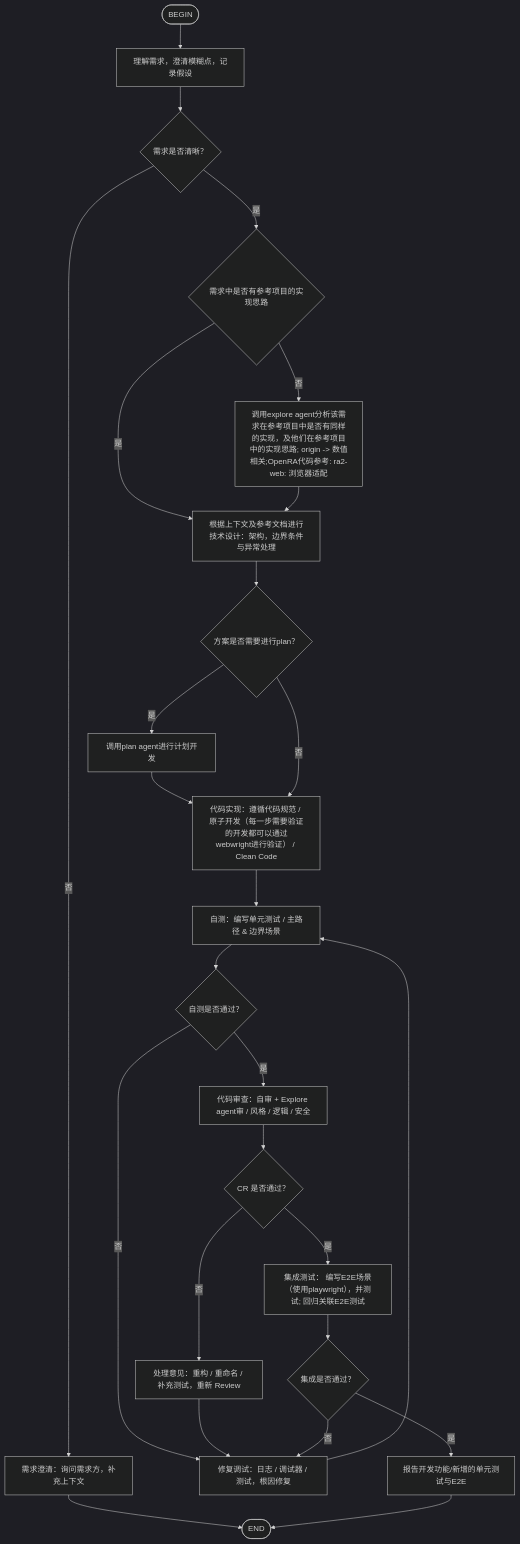
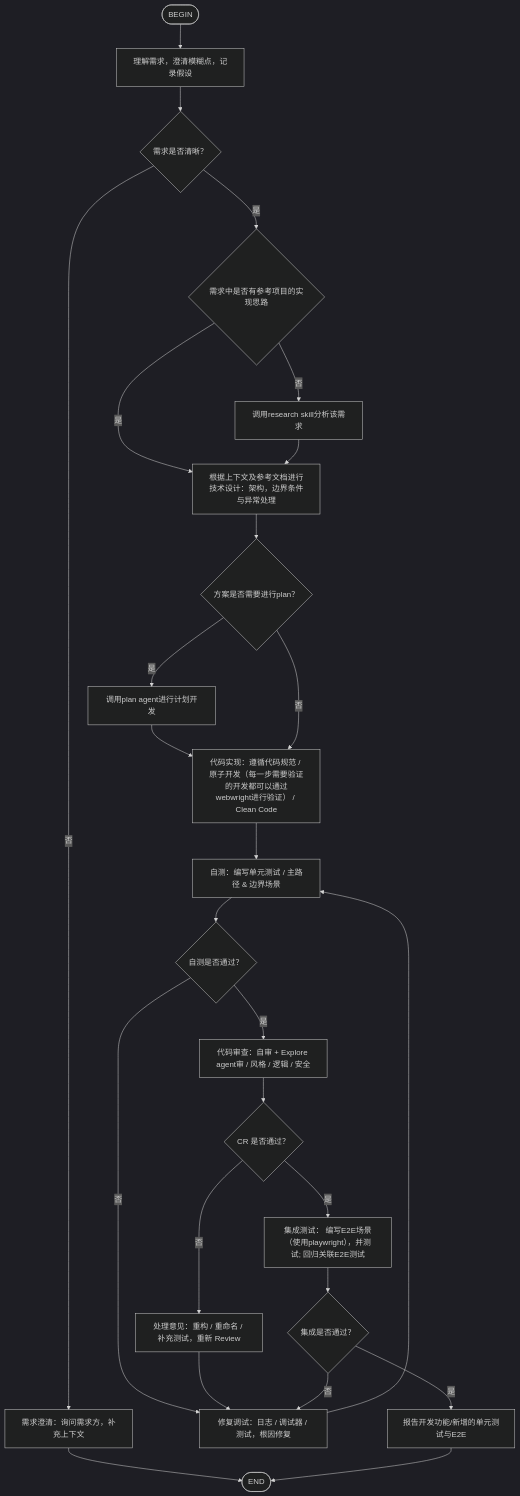
One commit to litong-n99/CnC_Remake changed the diagram in .claude/skills/dev/SKILL.md. Above: the diagram before and after it, drawn with Mermaid (dark theme). The commit also changed other lines of this file and 36 other files, not shown here.

````diff
--- a/.claude/skills/dev/SKILL.md
+++ b/.claude/skills/dev/SKILL.md
@@ -7,28 +79,28 @@
 ```mermaid
 flowchart TD
     A([BEGIN]) --> B[理解需求，澄清模糊点，记录假设]
     B --> C{需求是否清晰？}
     C -->|否| D[需求澄清：询问需求方，补充上下文]
     D --> W([END])
     C -->|是| X{需求中是否有参考项目的实现思路}
     X -->|是| E[根据上下文及参考文档进行技术设计：架构，边界条件与异常处理]
-    X -->|否| Y[调用explore agent分析该需求在参考项目中是否有同样的实现，及他们在参考项目中的实现思路; origin -> 数值相关;OpenRA代码参考: ra2-web: 浏览器适配]
+    X -->|否| Y[调用research skill分析该需求]
     Y --> E
     E --> F{方案是否需要进行plan？}
     F -->|是| G[调用plan agent进行计划开发]
     G --> H
     F -->|否| H[代码实现：遵循代码规范 / 原子开发（每一步需要验证的开发都可以通过webwright进行验证） / Clean Code]
     H --> I[自测：编写单元测试 / 主路径 & 边界场景]
     I --> J{自测是否通过？}
     J -->|否| K[修复调试：日志 / 调试器 / 测试，根因修复]
     K --> I
     J -->|是| L[代码审查：自审 + Explore agent审 / 风格 / 逻辑 / 安全]
     L --> M{CR 是否通过？}
     M -->|否| N[处理意见：重构 / 重命名 / 补充测试，重新 Review]
     N --> K
     M -->|是| O[集成测试： 编写E2E场景（使用playwright），并测试; 回归关联E2E测试]
     O --> P{集成是否通过？}
     P -->|否| K
     P -->|是| R[报告开发功能/新增的单元测试与E2E]
     R --> W([END])
 ```
````
